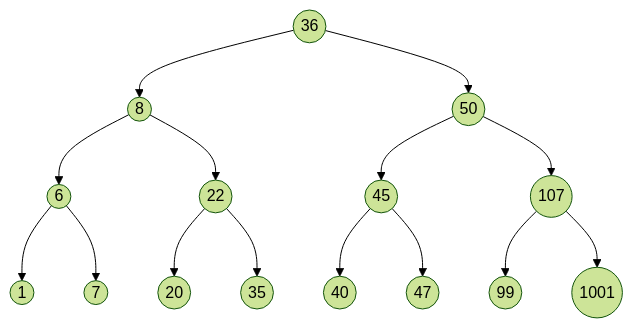
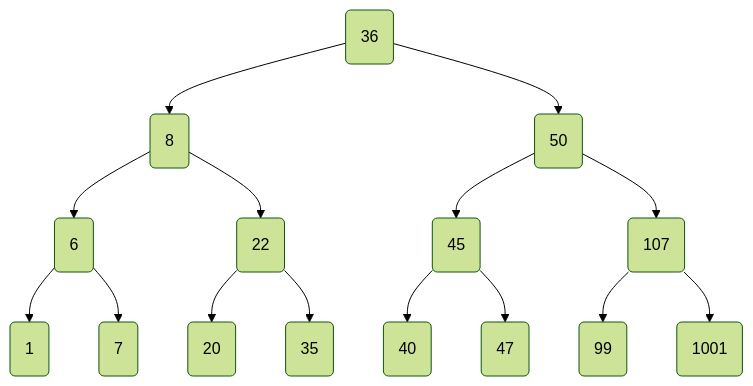
Before and after one commit to hakula139/hakula.xyz-kiln: the diagram in content/posts/note/csapp/bomb-lab/index.md, drawn with Mermaid (forest theme). The commit also changed 1 other file, not shown here.

Commit message:
fix(mermaid): compact bomb-lab tree

````diff
--- a/content/posts/note/csapp/bomb-lab/index.md
+++ b/content/posts/note/csapp/bomb-lab/index.md
@@ -2145,18 +2145,18 @@
 ```mermaid
 graph TB
-    A((36))
-    A --> B((8))
-    A --> C((50))
-    B --> D((6))
-    B --> E((22))
-    C --> F((45))
-    C --> G((107))
-    D --> H((1))
-    D --> I((7))
-    E --> J((20))
-    E --> K((35))
-    F --> L((40))
-    F --> M((47))
-    G --> N((99))
-    G --> O((1001))
+    A(36)
+    A --> B(8)
+    A --> C(50)
+    B --> D(6)
+    B --> E(22)
+    C --> F(45)
+    C --> G(107)
+    D --> H(1)
+    D --> I(7)
+    E --> J(20)
+    E --> K(35)
+    F --> L(40)
+    F --> M(47)
+    G --> N(99)
+    G --> O(1001)
 ```
````
